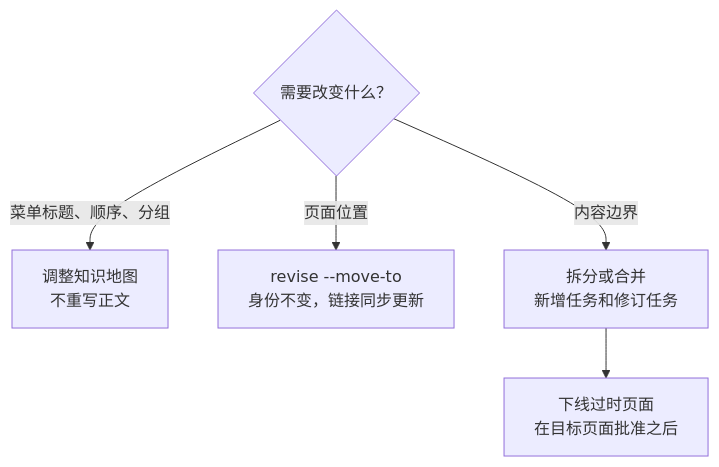
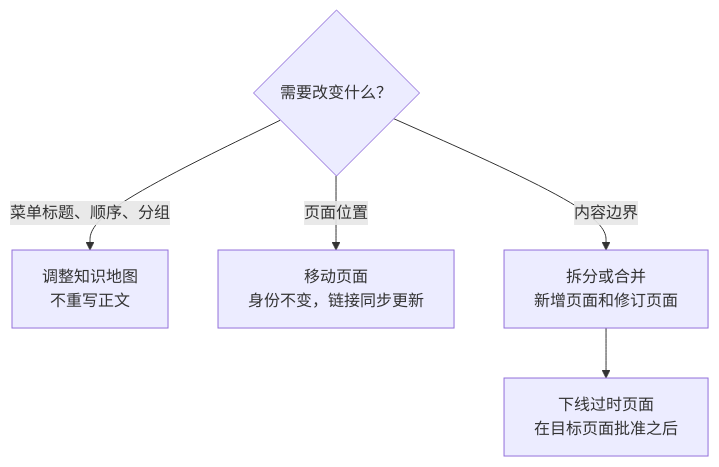
The diagram in translations/zh-CN/sop/review-and-revision/reorganizing-at-scale.md (context4ai/portal), drawn with Mermaid before and after one commit. The commit also changed other lines of this file and 129 other files, not shown here.

````diff
--- a/translations/zh-CN/sop/review-and-revision/reorganizing-at-scale.md
+++ b/translations/zh-CN/sop/review-and-revision/reorganizing-at-scale.md
@@ -25,7 +25,7 @@
 ```mermaid
 flowchart TB
-  q{"需要改变什么？"} -->|菜单标题、顺序、分组| map["调整知识地图<br/>不重写正文"]
-  q -->|页面位置| move["revise --move-to<br/>身份不变，链接同步更新"]
-  q -->|内容边界| split["拆分或合并<br/>新增任务和修订任务"]
+  q{"需要改变什么？"} -->|"菜单标题、顺序、分组"| map["调整知识地图<br/>不重写正文"]
+  q -->|"页面位置"| move["移动页面<br/>身份不变，链接同步更新"]
+  q -->|"内容边界"| split["拆分或合并<br/>新增页面和修订页面"]
   split --> retire["下线过时页面<br/>在目标页面批准之后"]
 ```
````
